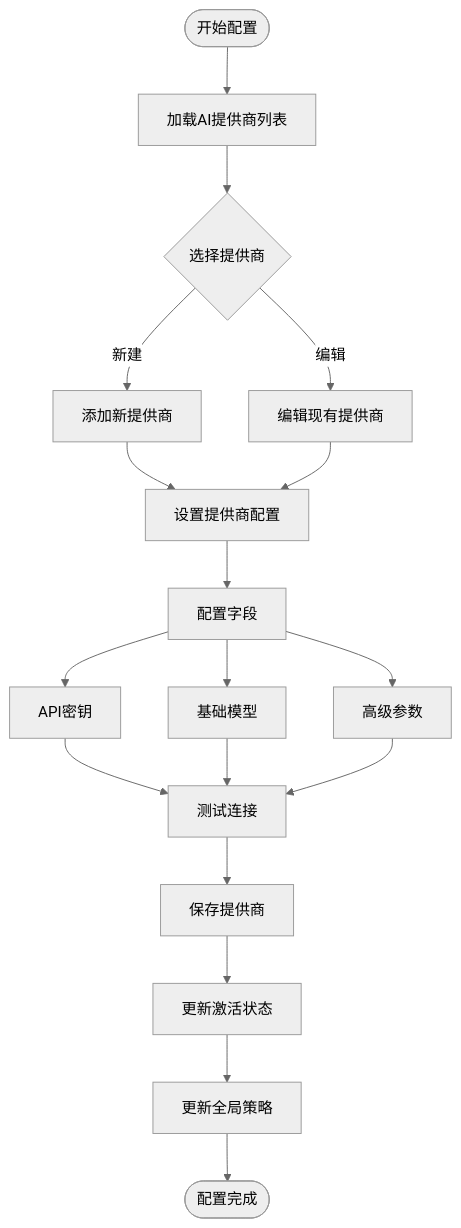
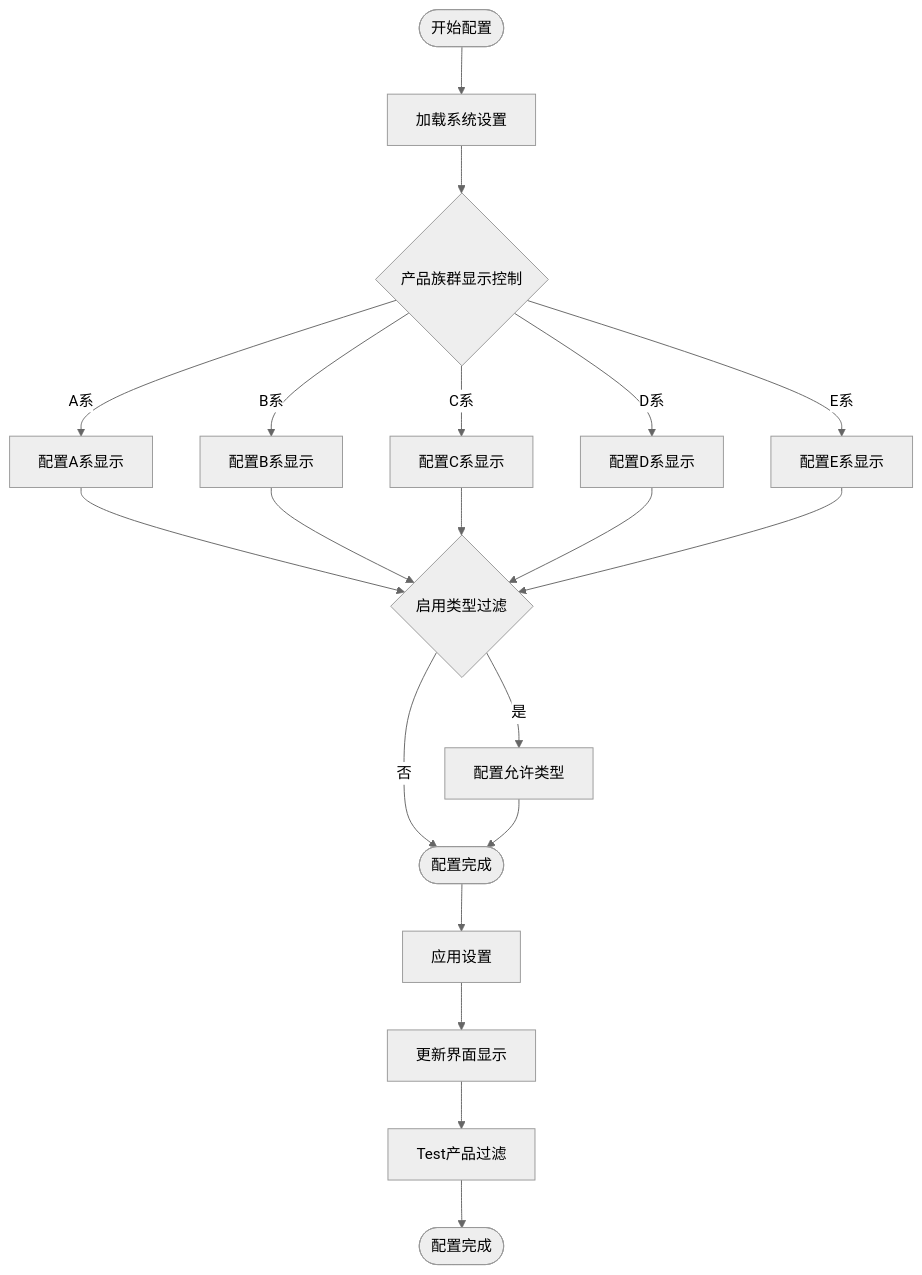
Before and after one commit to CubeEdge/Longhorn: the fourth of 17 diagrams in .qoder/repowiki/zh/content/Admin Settings Component.md, drawn with Mermaid (neutral theme). The commit also changed other lines of this file and 53 other files, not shown here.

````diff
--- a/.qoder/repowiki/zh/content/Admin Settings Component.md
+++ b/.qoder/repowiki/zh/content/Admin Settings Component.md
@@ -283,20 +408,22 @@
 ```mermaid
 flowchart TD
-Start([开始配置]) --> LoadProviders[加载AI提供商列表]
-LoadProviders --> SelectProvider{选择提供商}
-SelectProvider --> |新建| AddProvider[添加新提供商]
-SelectProvider --> |编辑| EditProvider[编辑现有提供商]
-AddProvider --> SetProviderConfig[设置提供商配置]
-EditProvider --> SetProviderConfig
-SetProviderConfig --> ConfigFields[配置字段]
-ConfigFields --> APIKey[API密钥]
-ConfigFields --> BaseModel[基础模型]
-ConfigFields --> AdvancedParams[高级参数]
-APIKey --> TestConnection[测试连接]
-BaseModel --> TestConnection
-AdvancedParams --> TestConnection
-TestConnection --> SaveProvider[保存提供商]
-SaveProvider --> UpdateActive[更新激活状态]
-UpdateActive --> UpdateGlobalPolicy[更新全局策略]
-UpdateGlobalPolicy --> Complete([配置完成])
+Start([开始配置]) --> LoadSettings[加载系统设置]
+LoadSettings --> FamilyVisibility{产品族群显示控制}
+FamilyVisibility --> |A系| ConfigureA[配置A系显示]
+FamilyVisibility --> |B系| ConfigureB[配置B系显示]
+FamilyVisibility --> |C系| ConfigureC[配置C系显示]
+FamilyVisibility --> |D系| ConfigureD[配置D系显示]
+FamilyVisibility --> |E系| ConfigureE[配置E系显示]
+ConfigureA --> TypeFilter{启用类型过滤}
+ConfigureB --> TypeFilter
+ConfigureC --> TypeFilter
+ConfigureD --> TypeFilter
+ConfigureE --> TypeFilter
+TypeFilter --> |是| AllowedTypes[配置允许类型]
+TypeFilter --> |否| Complete([配置完成])
+AllowedTypes --> Complete
+Complete --> ApplySettings[应用设置]
+ApplySettings --> UpdateUI[更新界面显示]
+UpdateUI --> TestFilter[Test产品过滤]
+TestFilter --> End([配置完成])
 ```
````
